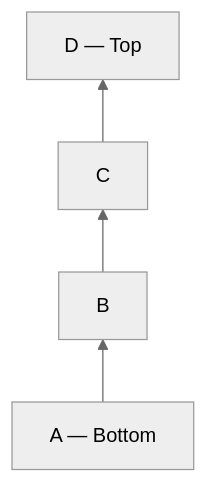
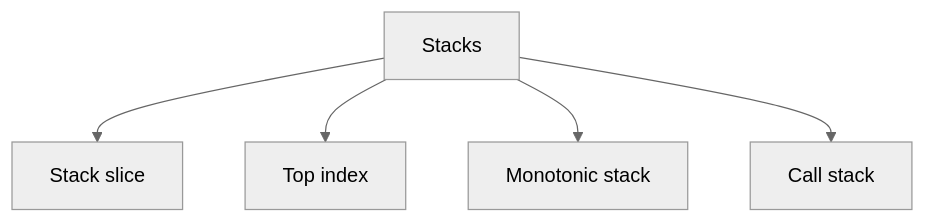
Before and after one commit to 9999dude/omega: the first of 16 diagrams in docs/datastructures/stack.md, drawn with Mermaid (neutral theme). The commit also changed other lines of this file and 58 other files, not shown here.

````diff
--- a/docs/datastructures/stack.md
+++ b/docs/datastructures/stack.md
@@ -34,6 +27,8 @@
 ```mermaid
-flowchart BT
-    A["A — Bottom"] --> B["B"]
-    B --> C["C"]
-    C --> D["D — Top"]
+flowchart TD
+    T["Stacks"]
+    T --> R0["Stack slice"]
+    T --> R1["Top index"]
+    T --> R2["Monotonic stack"]
+    T --> R3["Call stack"]
 ```
````
